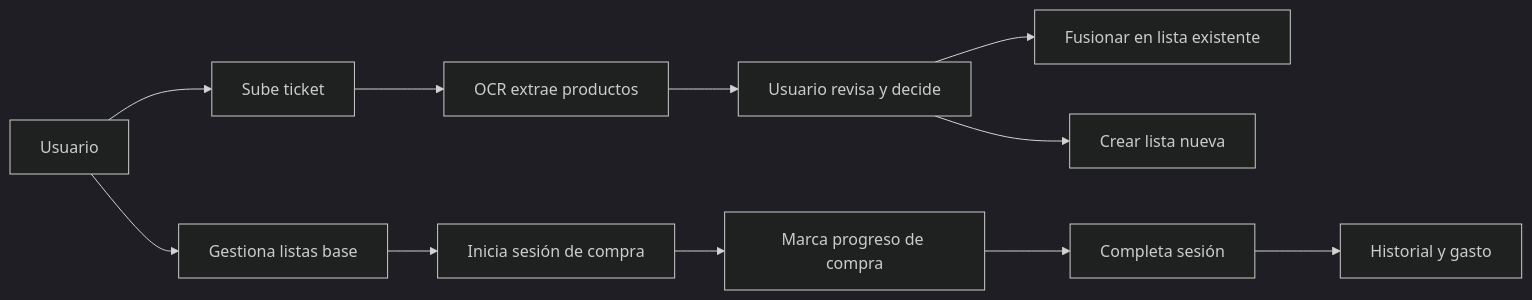
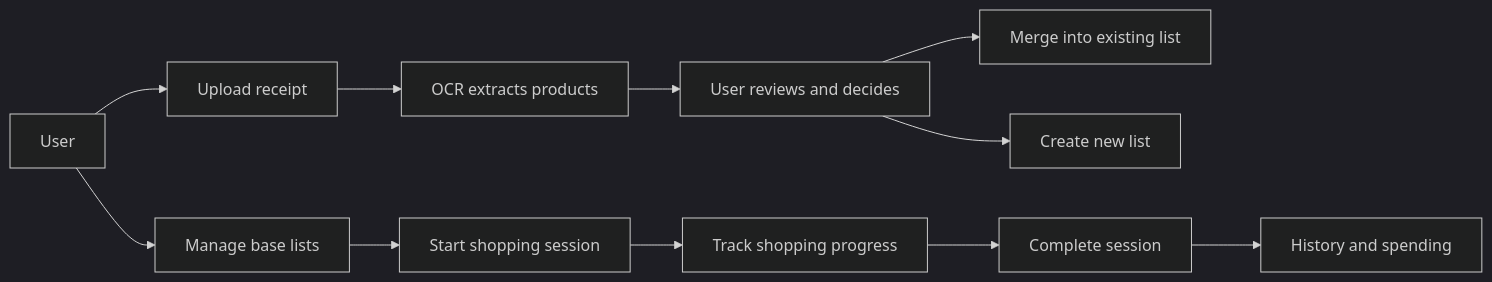
One commit to ljaviertovar/listys-web-app changed the fourth of 5 diagrams in docs/README.md. Above: the diagram before and after it, drawn with Mermaid (dark theme). The commit also changed other lines of this file and 292 other files, not shown here.

````diff
--- a/docs/README.md
+++ b/docs/README.md
@@ -350,13 +350,13 @@
 ```mermaid
 flowchart LR
-    U["Usuario"] --> A["Gestiona listas base"]
-    U --> B["Sube ticket"]
-    B --> C["OCR extrae productos"]
-    C --> D["Usuario revisa y decide"]
-    D --> E["Fusionar en lista existente"]
-    D --> F["Crear lista nueva"]
-    A --> G["Inicia sesión de compra"]
-    G --> H["Marca progreso de compra"]
-    H --> I["Completa sesión"]
-    I --> J["Historial y gasto"]
+    U["User"] --> A["Manage base lists"]
+    U --> B["Upload receipt"]
+    B --> C["OCR extracts products"]
+    C --> D["User reviews and decides"]
+    D --> E["Merge into existing list"]
+    D --> F["Create new list"]
+    A --> G["Start shopping session"]
+    G --> H["Track shopping progress"]
+    H --> I["Complete session"]
+    I --> J["History and spending"]
 ```
````
